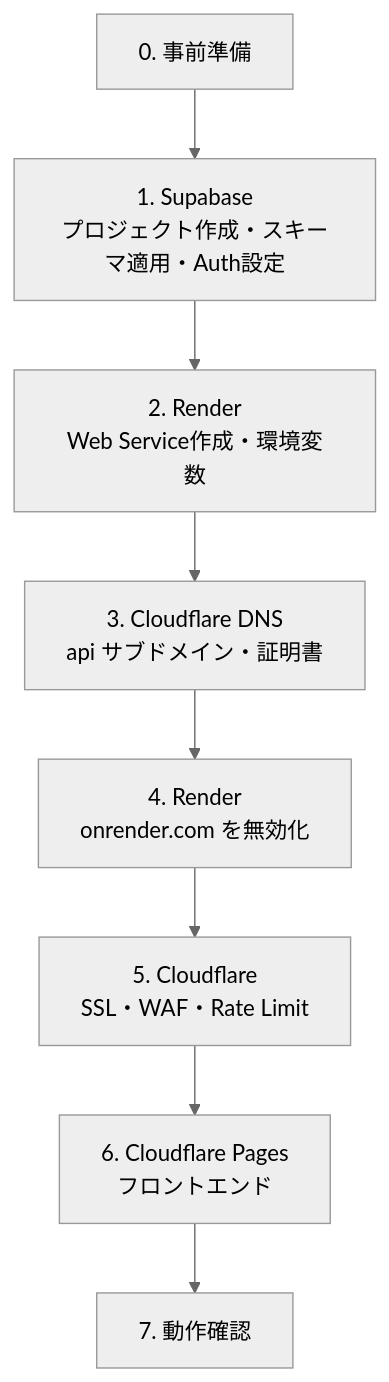
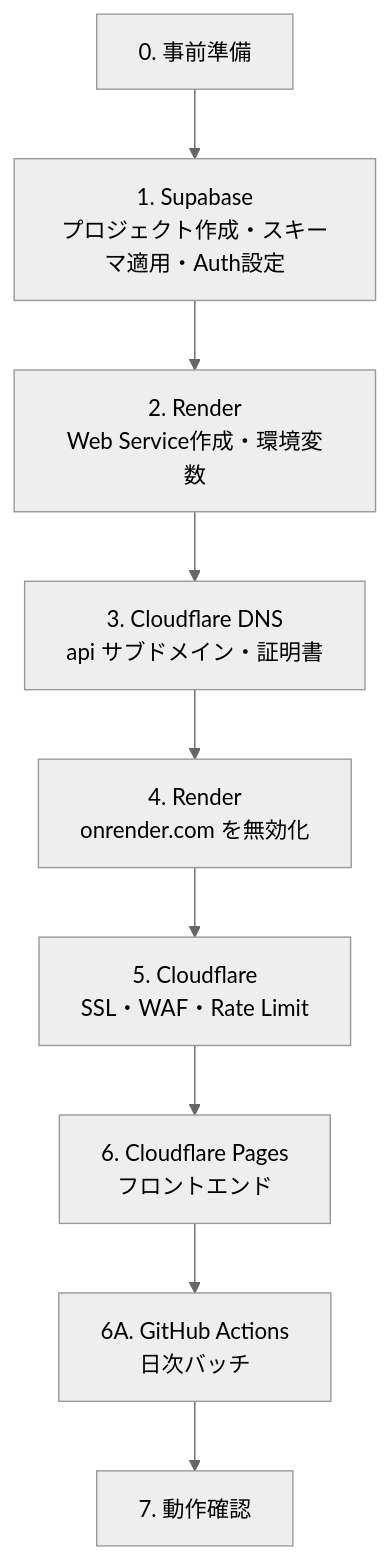
Before and after one commit to kokimiza/isobath: the diagram in doc/deploy.md, drawn with Mermaid (neutral theme). The commit also changed other lines of this file and 31 other files, not shown here.

````diff
--- a/doc/deploy.md
+++ b/doc/deploy.md
@@ -16,10 +17,11 @@
 ```mermaid
 flowchart TD
     P[0. 事前準備] --> S1[1. Supabase<br>プロジェクト作成・スキーマ適用・Auth設定]
     S1 --> R1[2. Render<br>Web Service作成・環境変数]
     R1 --> C1[3. Cloudflare DNS<br>api サブドメイン・証明書]
     C1 --> R2[4. Render<br>onrender.com を無効化]
     R2 --> C2[5. Cloudflare<br>SSL・WAF・Rate Limit]
     C2 --> C3[6. Cloudflare Pages<br>フロントエンド]
-    C3 --> T[7. 動作確認]
+    C3 --> G[6A. GitHub Actions<br>日次バッチ]
+    G --> T[7. 動作確認]
 ```
````
